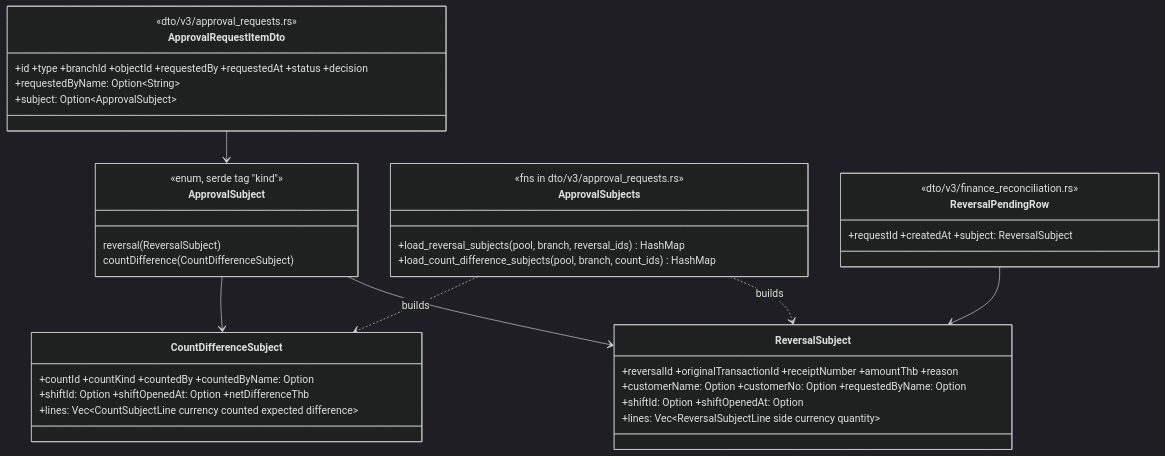
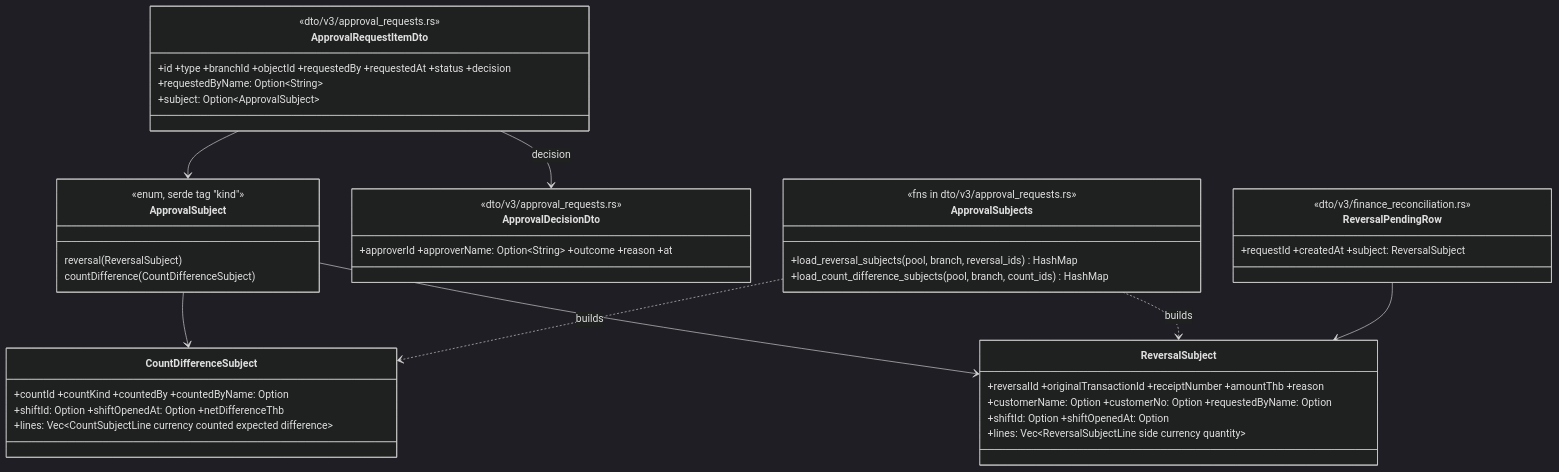
Before and after one commit to yuthstyle88/xchange-dev: the diagram in docs/design/blueprint/staff-e2e-1101-reads.md, drawn with Mermaid (dark theme). The commit also changed other lines of this file, not shown here.

First line of the commit message:
docs(design): approval decisions carry approverName (G1, staff rerun 2026-11-02) (#5913)

````diff
--- a/docs/design/blueprint/staff-e2e-1101-reads.md
+++ b/docs/design/blueprint/staff-e2e-1101-reads.md
@@ -58,40 +58,45 @@
 ```mermaid
 classDiagram
   class ApprovalRequestItemDto {
     <<dto/v3/approval_requests.rs>>
     +id +type +branchId +objectId +requestedBy +requestedAt +status +decision
     +requestedByName: Option~String~
     +subject: Option~ApprovalSubject~
   }
+  class ApprovalDecisionDto {
+    <<dto/v3/approval_requests.rs>>
+    +approverId +approverName: Option~String~ +outcome +reason +at
+  }
+  ApprovalRequestItemDto --> ApprovalDecisionDto : decision
   class ApprovalSubject {
     <<enum, serde tag "kind">>
     reversal(ReversalSubject)
     countDifference(CountDifferenceSubject)
   }
   class ReversalSubject {
     +reversalId +originalTransactionId +receiptNumber +amountThb +reason
     +customerName: Option +customerNo: Option +requestedByName: Option
     +shiftId: Option +shiftOpenedAt: Option
     +lines: Vec~ReversalSubjectLine side currency quantity~
   }
   class CountDifferenceSubject {
     +countId +countKind +countedBy +countedByName: Option
     +shiftId: Option +shiftOpenedAt: Option +netDifferenceThb
     +lines: Vec~CountSubjectLine currency counted expected difference~
   }
   class ApprovalSubjects {
     <<fns in dto/v3/approval_requests.rs>>
     +load_reversal_subjects(pool, branch, reversal_ids) HashMap
     +load_count_difference_subjects(pool, branch, count_ids) HashMap
   }
   class ReversalPendingRow {
     <<dto/v3/finance_reconciliation.rs>>
     +requestId +createdAt +subject: ReversalSubject
   }
   ApprovalRequestItemDto --> ApprovalSubject
   ApprovalSubject --> ReversalSubject
   ApprovalSubject --> CountDifferenceSubject
   ReversalPendingRow --> ReversalSubject
   ApprovalSubjects ..> ReversalSubject : builds
   ApprovalSubjects ..> CountDifferenceSubject : builds
 ```
````
